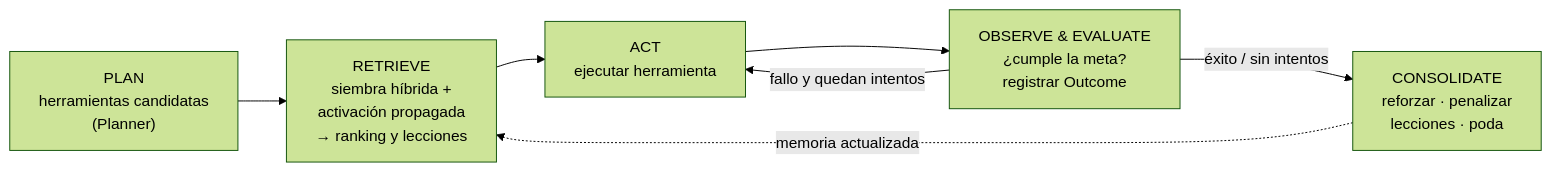
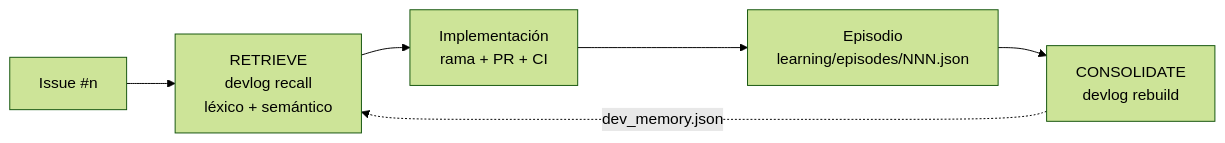
One commit to cherrera0001/Agents_Learning_Loops changed the ninth of 10 diagrams in README.md. Above: the diagram before and after it, drawn with Mermaid (forest theme). The commit also changed other lines of this file and 3 other files, not shown here.

First line of the commit message:
docs: README técnico con arquitectura, algoritmos y 10 diagramas (#38)

````diff
--- a/README.md
+++ b/README.md
@@ -100,9 +578,8 @@
 ```mermaid
 flowchart LR
-    P["PLAN<br/>herramientas candidatas<br/>(Planner)"] --> R["RETRIEVE<br/>siembra híbrida +<br/>activación propagada<br/>→ ranking y lecciones"]
-    R --> A["ACT<br/>ejecutar herramienta"]
-    A --> O["OBSERVE & EVALUATE<br/>¿cumple la meta?<br/>registrar Outcome"]
-    O -- "fallo y quedan intentos" --> A
-    O -- "éxito / sin intentos" --> C["CONSOLIDATE<br/>reforzar · penalizar<br/>lecciones · poda"]
-    C -. "memoria actualizada" .-> R
+    I["Issue #n"] --> R["RETRIEVE<br/>devlog recall<br/>léxico + semántico"]
+    R --> W["Implementación<br/>rama + PR + CI"]
+    W --> E["Episodio<br/>learning/episodes/NNN.json"]
+    E --> B["CONSOLIDATE<br/>devlog rebuild"]
+    B -. "dev_memory.json" .-> R
 ```
````
